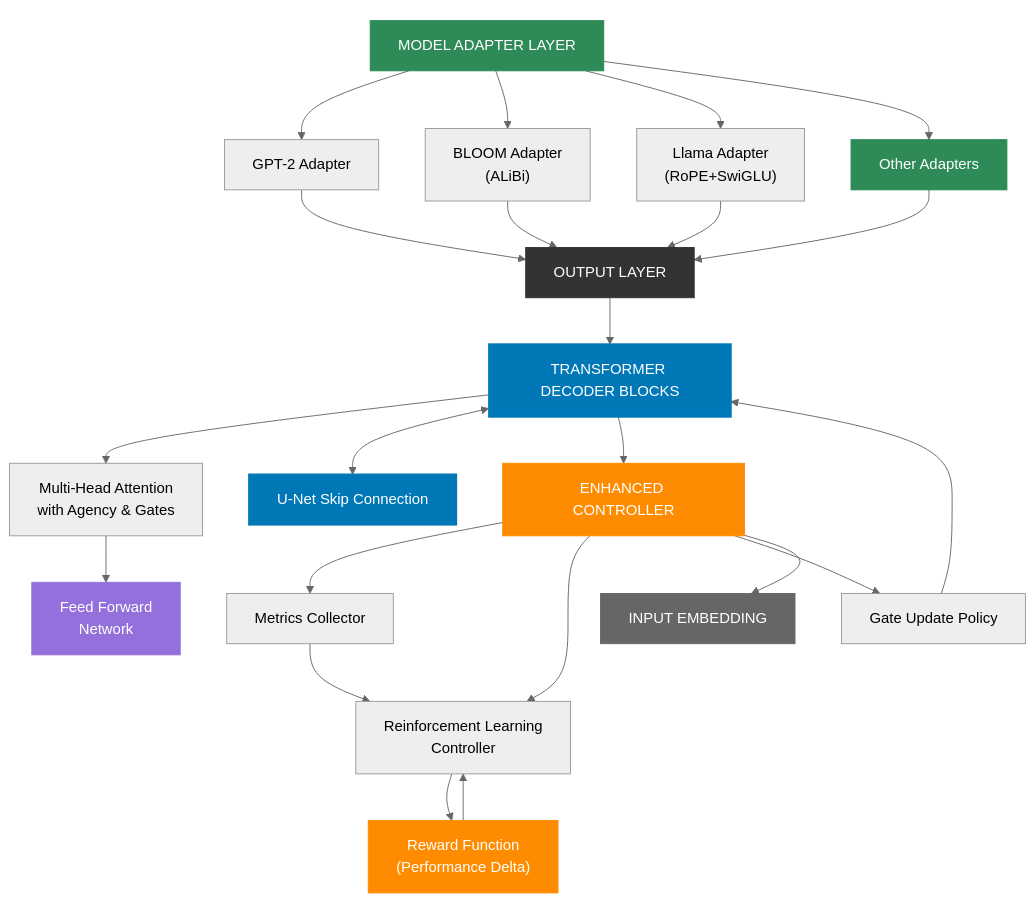
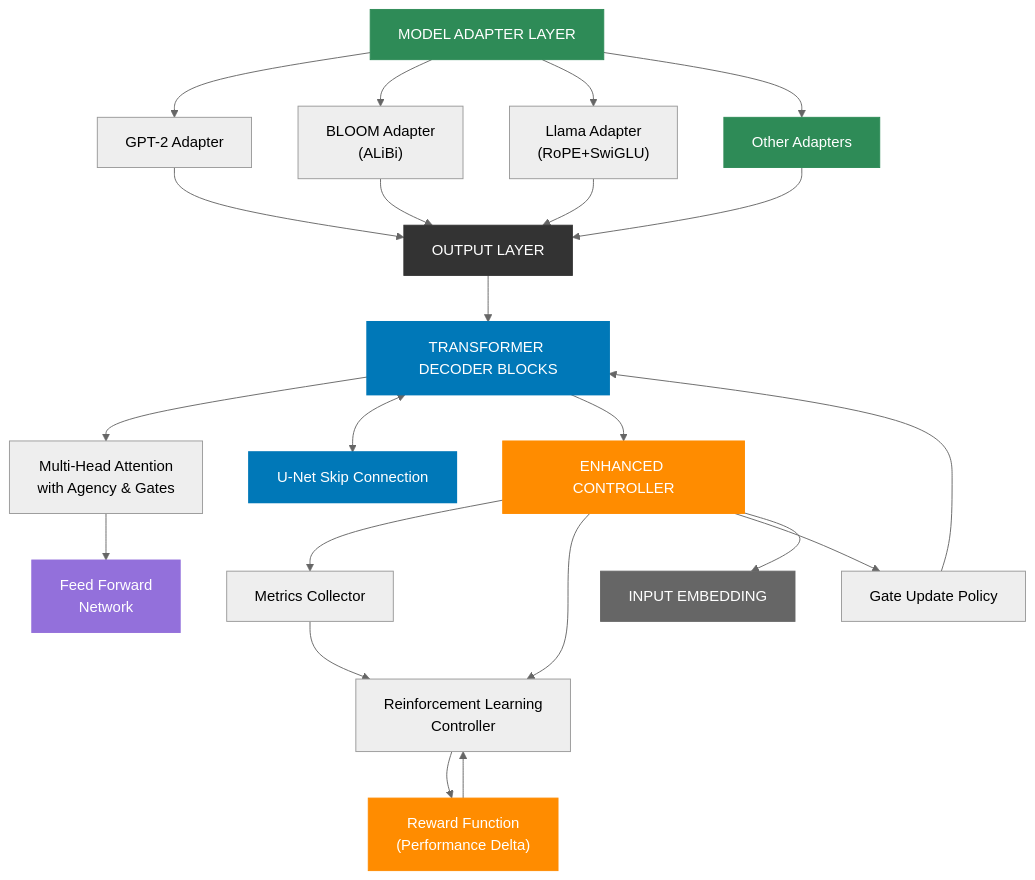
Before and after one commit to CambrianTech/sentinel-ai: the first of 6 diagrams in README.md, drawn with Mermaid (neutral theme). The commit also changed other lines of this file and 1 other file, not shown here.

First line of the commit message:
Fix/diagram colors and captions (#34)

````diff
--- a/README.md
+++ b/README.md
@@ -14,77 +16,74 @@
 ```mermaid
 flowchart TD
     classDef standard fill:#333,stroke:#333,stroke-width:1px,color:#fff
     classDef highlight fill:#0078b8,stroke:#0078b8,stroke-width:2px,color:#fff
     classDef adapter fill:#2e8b57,stroke:#2e8b57,stroke-width:1px,color:#fff
     classDef controller fill:#ff8c00,stroke:#ff8c00,stroke-width:1px,color:#fff
     classDef attention fill:#9370db,stroke:#9370db,stroke-width:1px,color:#fff
     classDef embedding fill:#666,stroke:#666,stroke-width:1px,color:#fff
-    classDef header fill:none,stroke:none,color:#fff,font-weight:bold
     
     %% Main Architecture Components
-    header["SENTINEL-AI ARCHITECTURE"]
     adapterLayer["MODEL ADAPTER LAYER"]
     output["OUTPUT LAYER"]
     transformerBlocks["TRANSFORMER DECODER BLOCKS"]
     controller["ENHANCED CONTROLLER"]
     input["INPUT EMBEDDING"]
     
     %% Adapter Components
     gpt["GPT-2 Adapter"]
     bloom["BLOOM Adapter<br/>(ALiBi)"]
     llama["Llama Adapter<br/>(RoPE+SwiGLU)"]
     others["Other Adapters"]
     
     %% Transformer Block Components
     attention["Multi-Head Attention<br/>with Agency & Gates"]
     ffn["Feed Forward<br/>Network"]
     unet["U-Net Skip Connection"]
     
     %% Controller Components
     metrics["Metrics Collector"]
     rl["Reinforcement Learning<br/>Controller"]
     policy["Gate Update Policy"]
     reward["Reward Function<br/>(Performance Delta)"]
     
     %% Connections
     adapterLayer --> gpt
     adapterLayer --> bloom
     adapterLayer --> llama
     adapterLayer --> others
     
     gpt & bloom & llama & others --> output
     
     output --> transformerBlocks
     
     transformerBlocks --> attention
     attention --> ffn
     
     transformerBlocks <--> unet
     
     transformerBlocks --> controller
     
     controller --> metrics
     controller --> rl
     controller --> policy
     metrics --> rl
     rl --> reward
     reward --> rl
     policy --> transformerBlocks
     
     controller --> input
     
     %% Styling
-    header:::header
     adapterLayer:::adapter
     output:::standard
     transformerBlocks:::highlight
     controller:::controller
     input:::embedding
     
     gpt & bloom & llama & others:::adapter
     
     attention & ffn:::attention
     unet:::highlight
     
     metrics & rl & policy & reward:::controller
 ```
````
